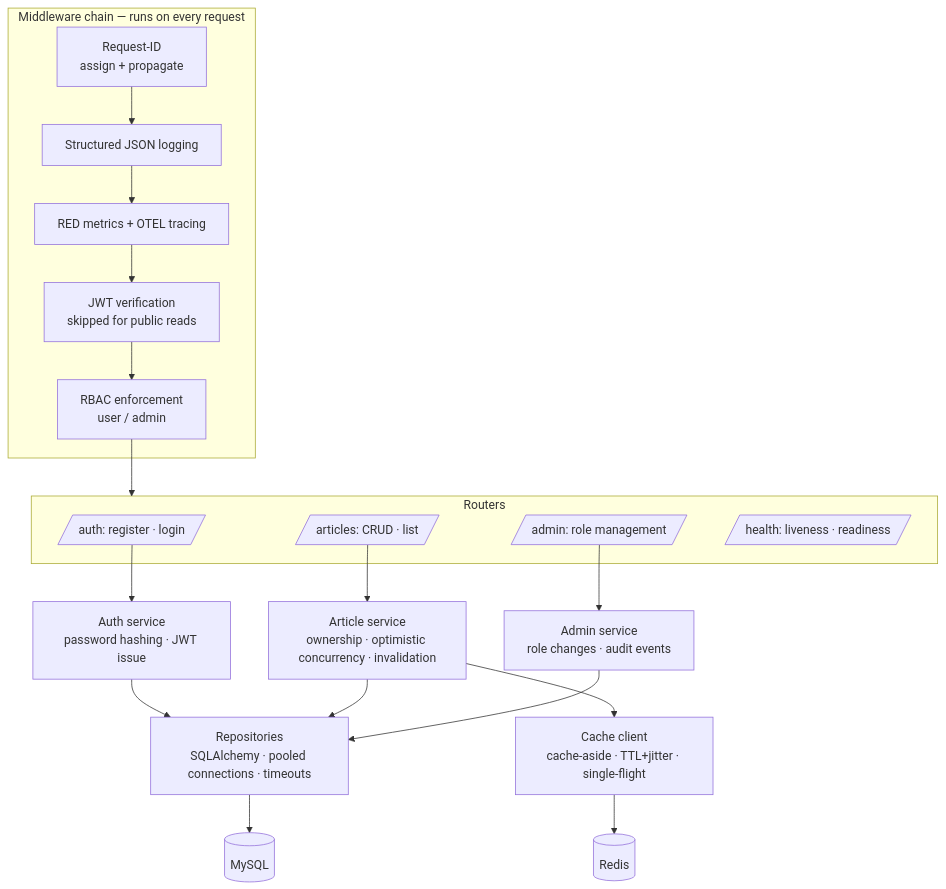
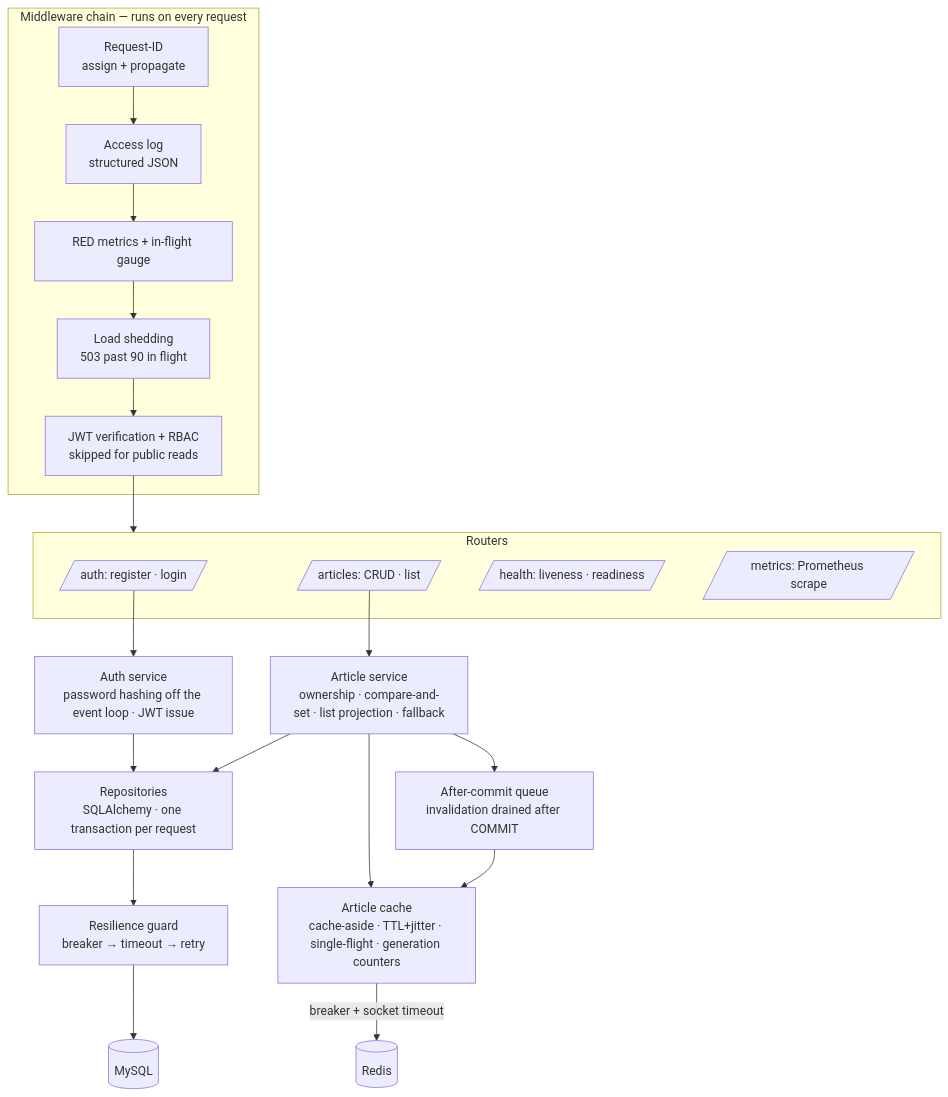
Before and after one commit to sibomana-si/scalable-content-platform: the third of 4 diagrams in docs/architecture/overview.md, drawn with Mermaid. The commit also changed other lines of this file and 1 other file, not shown here.

````diff
--- a/docs/architecture/overview.md
+++ b/docs/architecture/overview.md
@@ -96,30 +102,31 @@
 ```mermaid
 graph TD
     subgraph mw [Middleware chain — runs on every request]
-        rid[Request-ID<br/>assign + propagate] --> log[Structured JSON logging]
-        log --> met[RED metrics + OTEL tracing]
-        met --> authmw[JWT verification<br/>skipped for public reads]
-        authmw --> rbac[RBAC enforcement<br/>user / admin]
+        rid[Request-ID<br/>assign + propagate] --> log[Access log<br/>structured JSON]
+        log --> met[RED metrics + in-flight gauge]
+        met --> shed[Load shedding<br/>503 past 90 in flight]
+        shed --> authmw[JWT verification + RBAC<br/>skipped for public reads]
     end
 
-    rbac --> routers
+    authmw --> routers
 
     subgraph routers [Routers]
         r_auth[/auth: register · login/]
         r_art[/articles: CRUD · list/]
-        r_admin[/admin: role management/]
         r_health[/health: liveness · readiness/]
+        r_metrics[/metrics: Prometheus scrape/]
     end
 
-    r_auth --> s_auth[Auth service<br/>password hashing · JWT issue]
-    r_art --> s_art[Article service<br/>ownership · optimistic concurrency · invalidation]
-    r_admin --> s_admin[Admin service<br/>role changes · audit events]
+    r_auth --> s_auth[Auth service<br/>password hashing off the event loop · JWT issue]
+    r_art --> s_art[Article service<br/>ownership · compare-and-set · list projection · fallback]
 
     s_auth --> repo
-    s_art --> repo[Repositories<br/>SQLAlchemy · pooled connections · timeouts]
-    s_admin --> repo
-    s_art --> cache[Cache client<br/>cache-aside · TTL+jitter · single-flight]
+    s_art --> repo[Repositories<br/>SQLAlchemy · one transaction per request]
+    s_art --> cache[Article cache<br/>cache-aside · TTL+jitter · single-flight · generation counters]
+    s_art --> ac[After-commit queue<br/>invalidation drained after COMMIT]
+    ac --> cache
 
-    repo --> mysql[(MySQL)]
-    cache --> redis[(Redis)]
+    repo --> guard[Resilience guard<br/>breaker → timeout → retry]
+    guard --> mysql[(MySQL)]
+    cache -- "breaker + socket timeout" --> redis[(Redis)]
 ```
````
